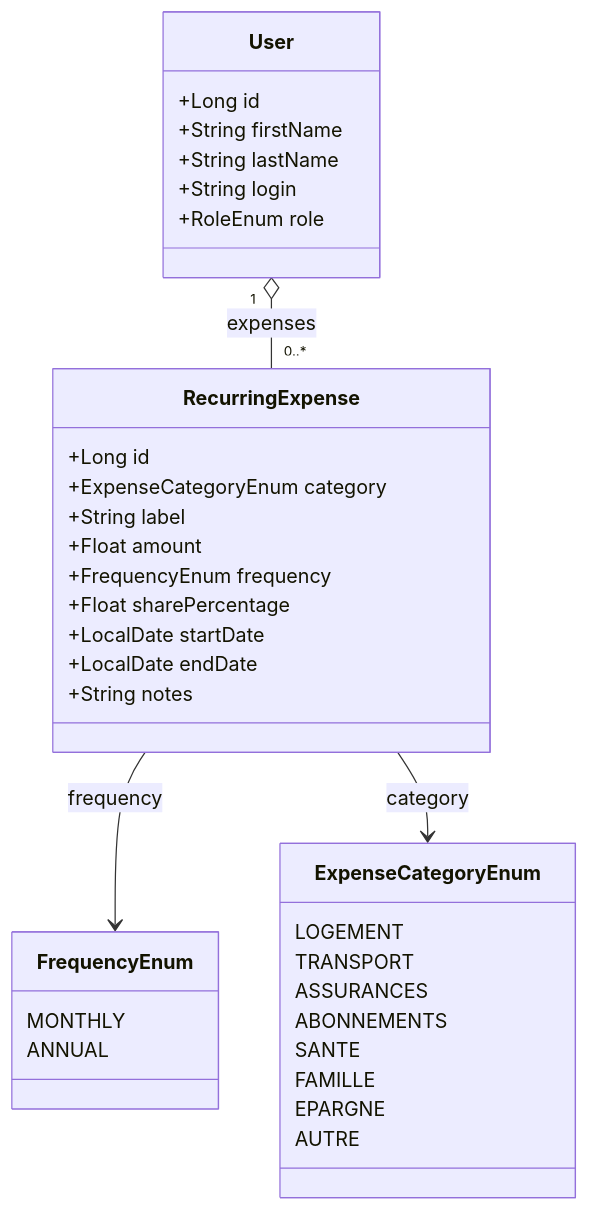
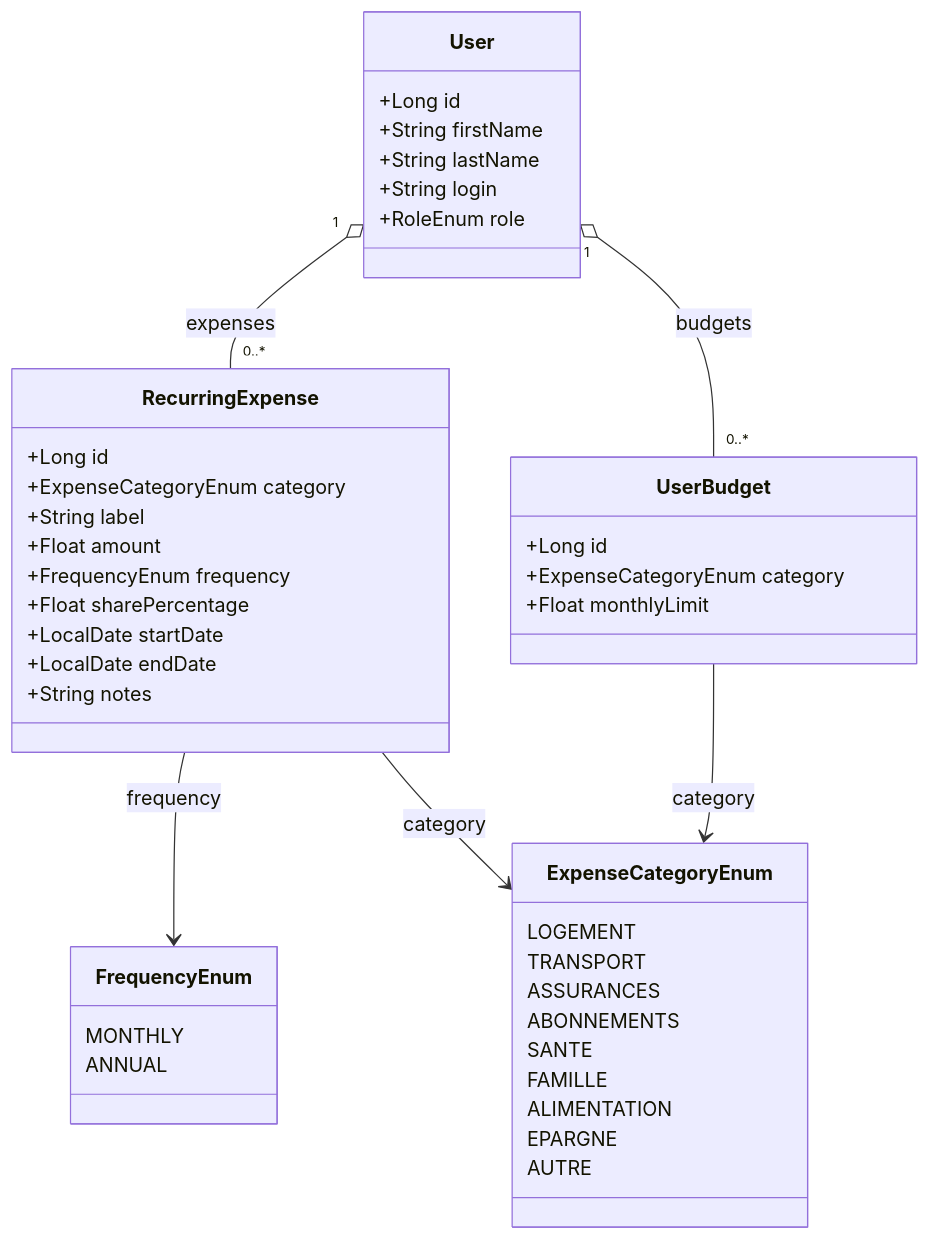
Before and after one commit to Neogost/MyFinance: the first of 2 diagrams in docs/architecture/recurring-expenses.md, drawn with Mermaid. The commit also changed other lines of this file and 10 other files, not shown here.

````diff
--- a/docs/architecture/recurring-expenses.md
+++ b/docs/architecture/recurring-expenses.md
@@ -84,42 +97,51 @@
 ```mermaid
 classDiagram
     class User {
         +Long id
         +String firstName
         +String lastName
         +String login
         +RoleEnum role
     }
 
     class RecurringExpense {
         +Long id
         +ExpenseCategoryEnum category
         +String label
         +Float amount
         +FrequencyEnum frequency
         +Float sharePercentage
         +LocalDate startDate
         +LocalDate endDate
         +String notes
     }
 
+    class UserBudget {
+        +Long id
+        +ExpenseCategoryEnum category
+        +Float monthlyLimit
+    }
+
     class FrequencyEnum {
         MONTHLY
         ANNUAL
     }
 
     class ExpenseCategoryEnum {
         LOGEMENT
         TRANSPORT
         ASSURANCES
         ABONNEMENTS
         SANTE
         FAMILLE
+        ALIMENTATION
         EPARGNE
         AUTRE
     }
 
     User "1" o-- "0..*" RecurringExpense : expenses
+    User "1" o-- "0..*" UserBudget : budgets
     RecurringExpense --> FrequencyEnum : frequency
     RecurringExpense --> ExpenseCategoryEnum : category
+    UserBudget --> ExpenseCategoryEnum : category
 ```
````
